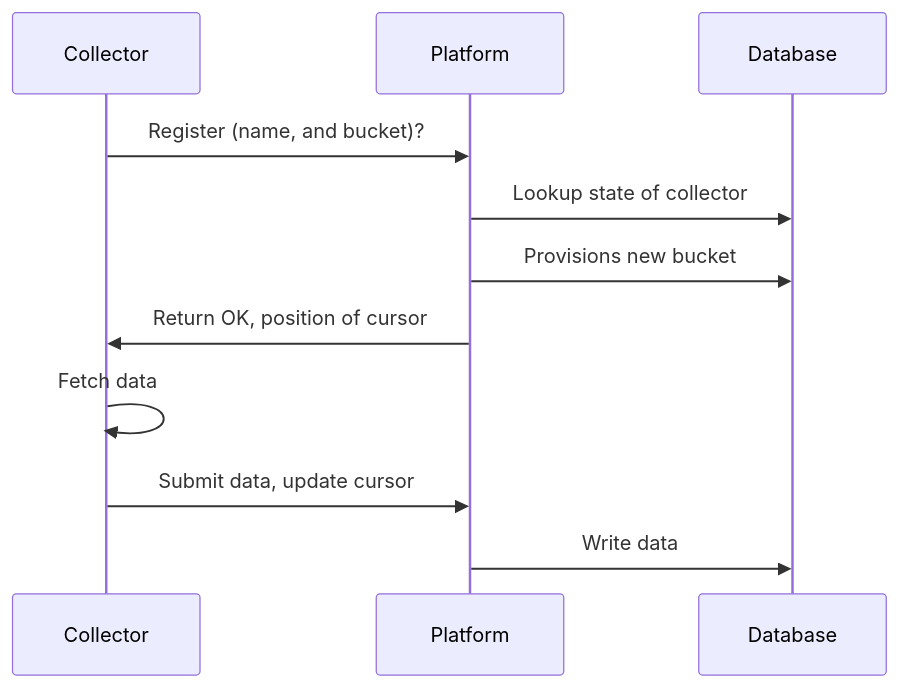
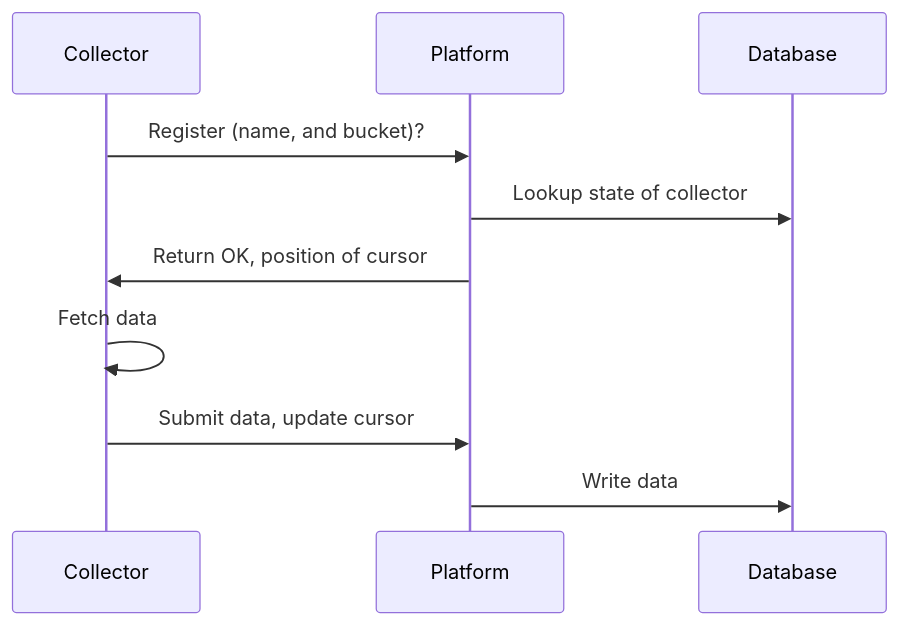
One commit to DaanWillems/STIXHub changed the fourth of 4 diagrams in README.md. Above: the diagram before and after it, drawn with Mermaid. The commit also changed other lines of this file, not shown here.

````diff
--- a/README.md
+++ b/README.md
@@ -135,10 +152,9 @@
 ```mermaid
 sequenceDiagram
     Collector->>Platform: Register (name, and bucket)?
     Platform->>Database: Lookup state of collector
-    Platform->>Database: Provisions new bucket
     Platform->>Collector: Return OK, position of cursor
     Collector->>Collector: Fetch data
     Collector->>Platform: Submit data, update cursor
     Platform->>Database: Write data
 ```
````
